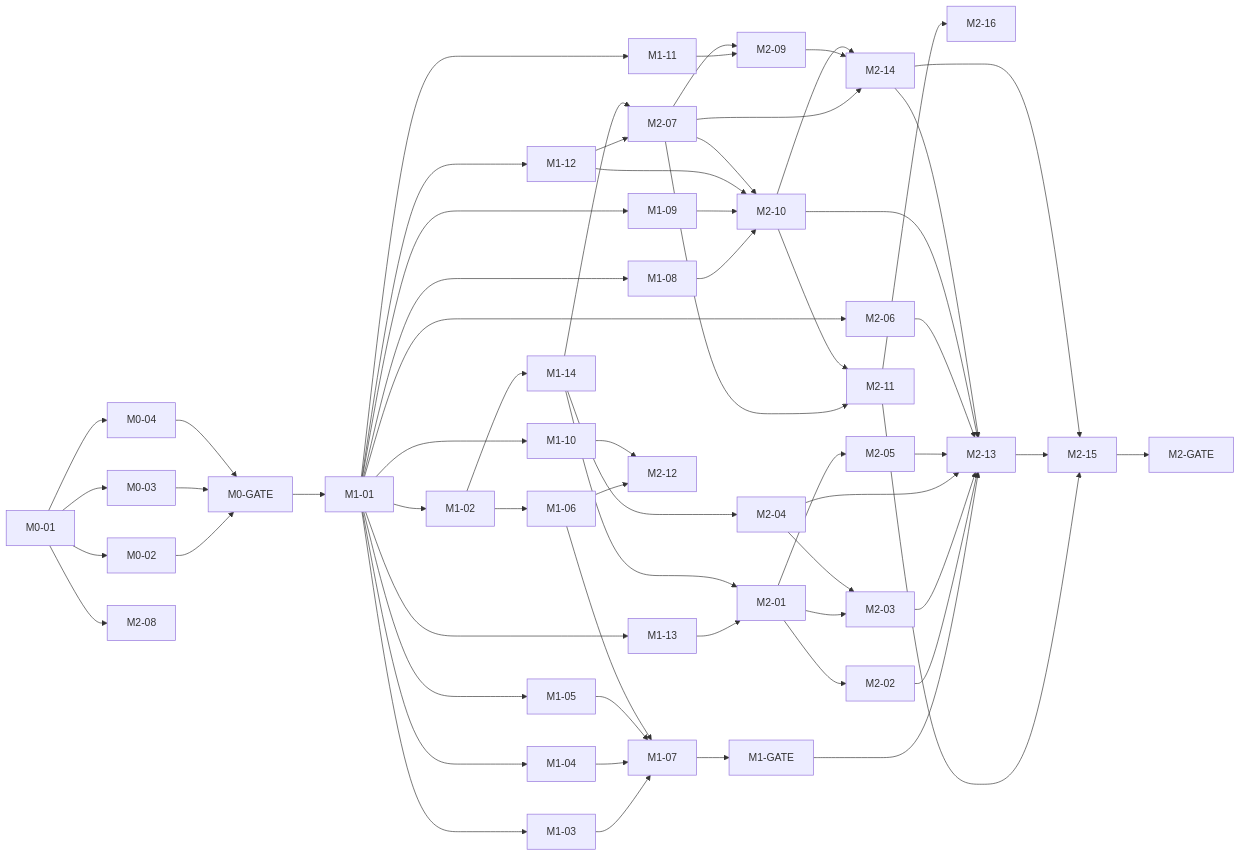
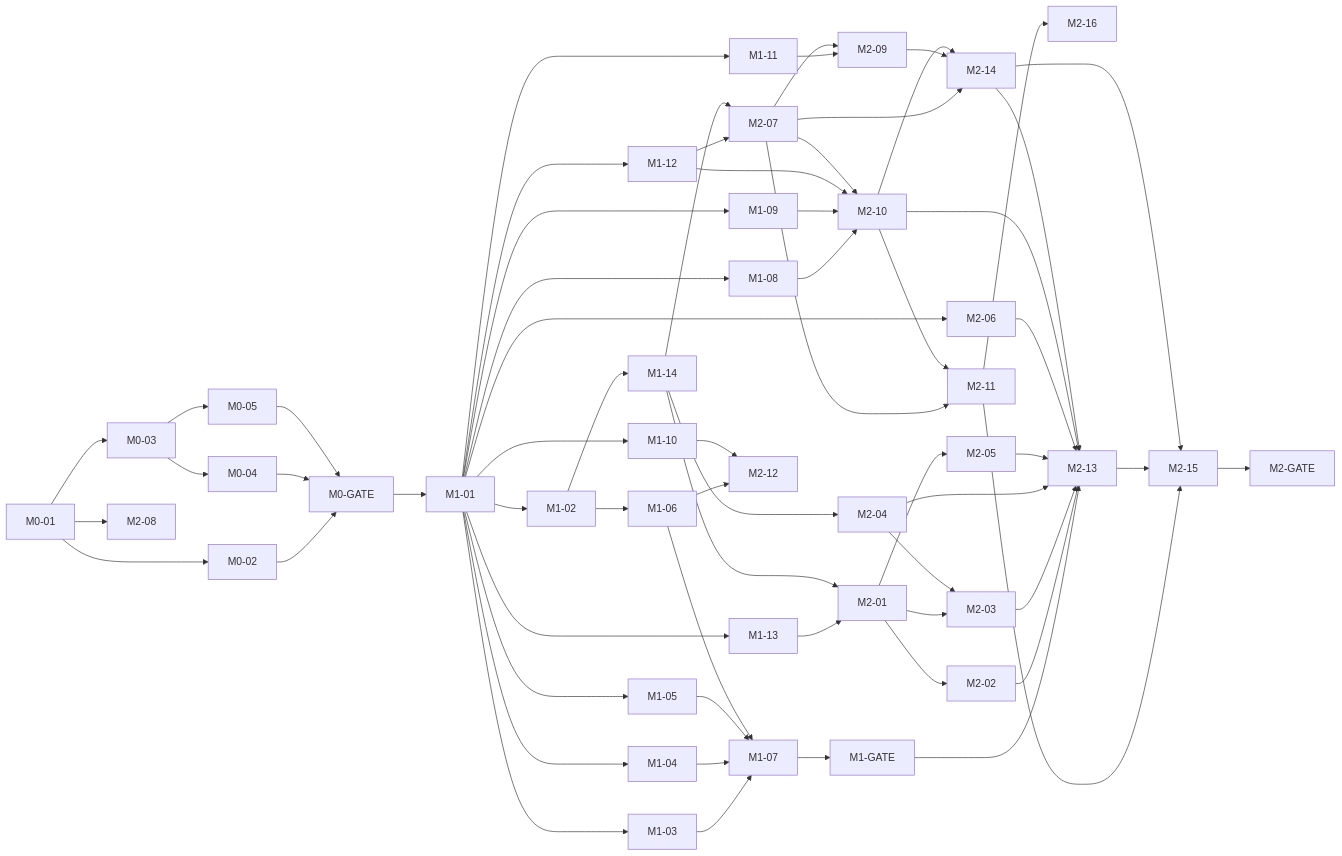
Before and after one commit to chimericdream/voxel-typer: the diagram in docs/impl/task-graph.md, drawn with Mermaid. The commit also changed other lines of this file and 5 other files, not shown here.

````diff
--- a/docs/impl/task-graph.md
+++ b/docs/impl/task-graph.md
@@ -15,22 +15,24 @@
 ```mermaid
 graph LR
-  M0-01 --> M0-02 & M0-03 & M0-04 --> M0G[M0-GATE]
+  M0-01 --> M0-02 & M0-03
+  M0-03 --> M0-04 & M0-05
+  M0-02 & M0-04 & M0-05 --> M0G[M0-GATE]
   M0G --> M1-01
   M1-01 --> M1-02 & M1-03 & M1-04 & M1-05 & M1-08 & M1-09 & M1-10 & M1-11 & M1-12 & M1-13 & M2-06
   M0-01 --> M2-08
   M1-02 --> M1-06 & M1-14
   M1-03 & M1-04 & M1-05 & M1-06 --> M1-07 --> M1G[M1-GATE]
   M1-13 & M1-14 --> M2-01
   M1-14 --> M2-04
   M1-12 & M1-14 --> M2-07
   M1-06 & M1-10 --> M2-12
   M2-01 --> M2-02 & M2-05
   M2-01 & M2-04 --> M2-03
   M1-11 & M2-07 --> M2-09
   M1-08 & M1-09 & M1-12 & M2-07 --> M2-10
   M2-07 & M2-10 --> M2-11
   M2-07 & M2-09 & M2-10 --> M2-14
   M2-11 --> M2-16
   M1G & M2-02 & M2-03 & M2-04 & M2-05 & M2-06 & M2-10 & M2-14 --> M2-13
   M2-11 & M2-13 & M2-14 --> M2-15 --> M2G[M2-GATE]
 ```
````
